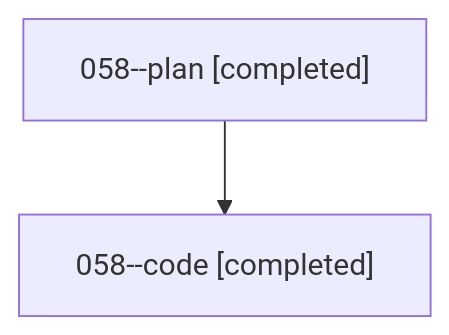
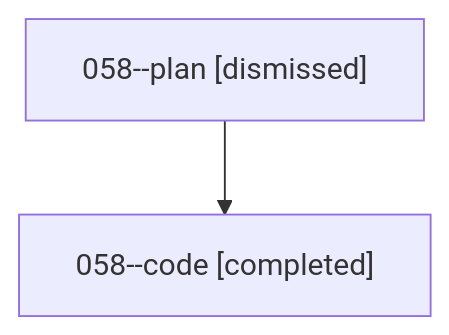
One commit to bobs-org/bob-cli--agents changed the diagram in families/bbugyi200.athena.058.md. Above: the diagram before and after it, drawn with Mermaid. The commit also changed other lines of this file and 78 other files, not shown here.

````diff
--- a/families/bbugyi200.athena.058.md
+++ b/families/bbugyi200.athena.058.md
@@ -9,6 +9,6 @@
 ```mermaid
 flowchart TD
-  n0["058--plan [completed]"]
+  n0["058--plan [dismissed]"]
   n1["058--code [completed]"]
   n0 --> n1
 ```
````
